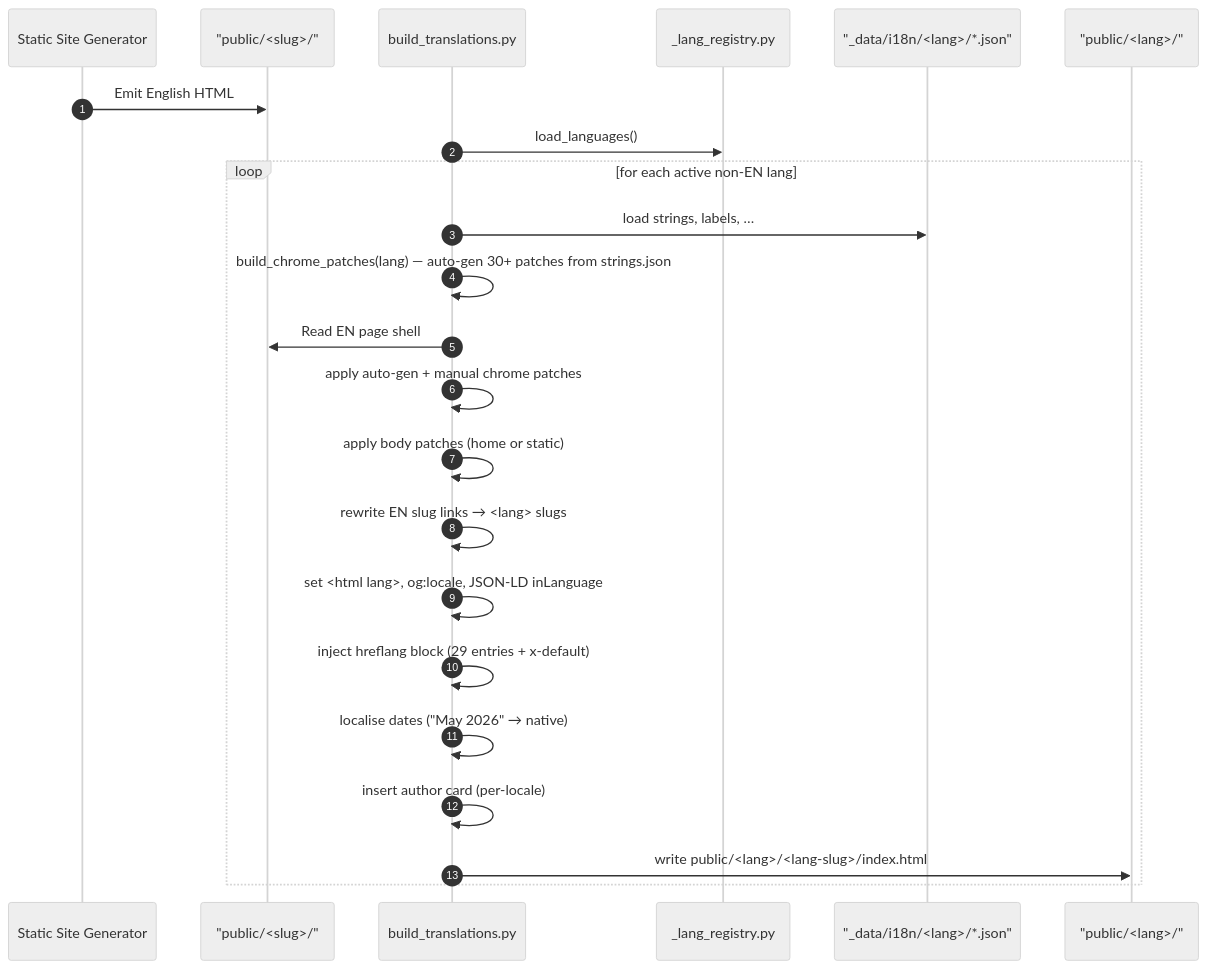
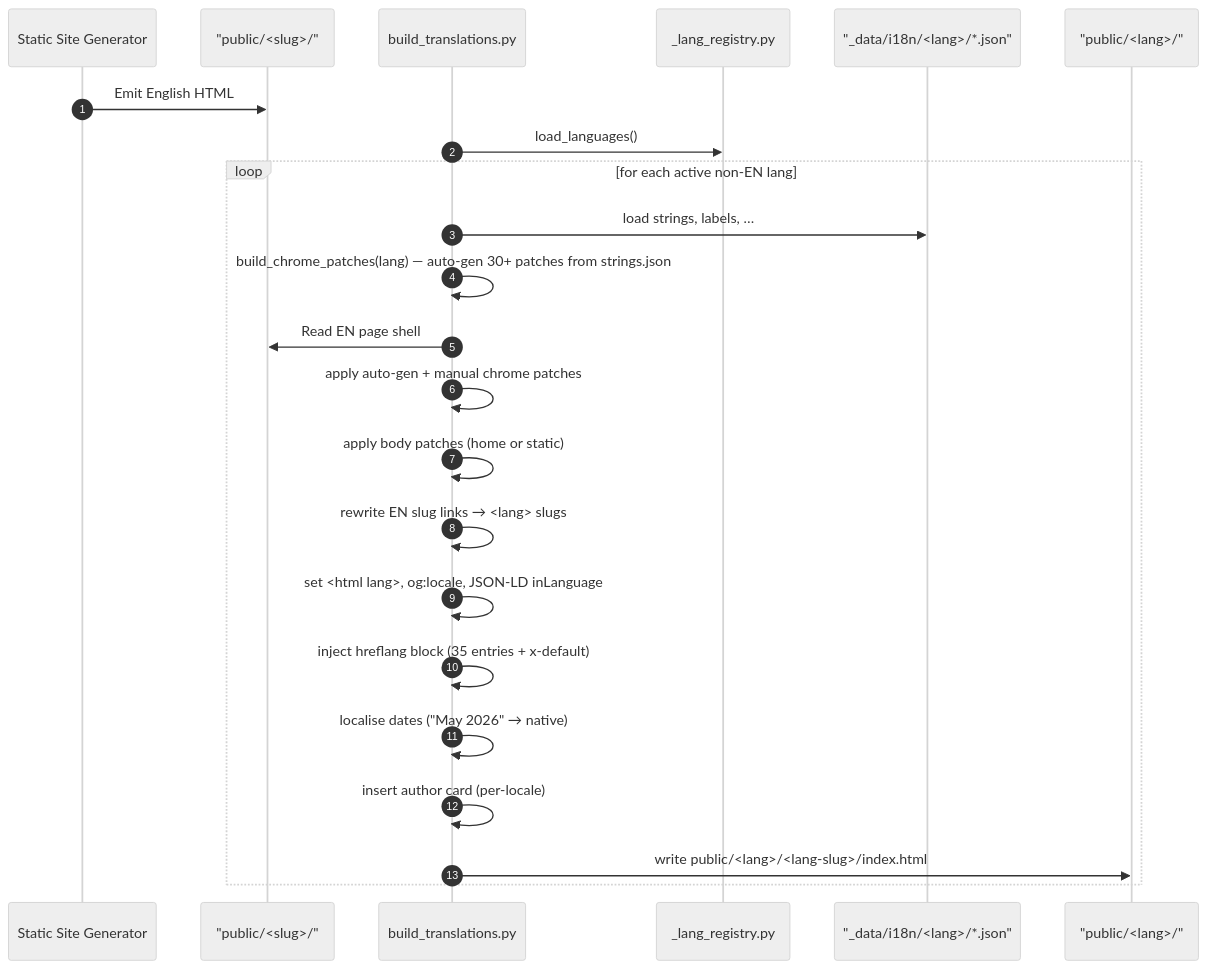
The first of 2 diagrams in project-docs/i18n.md (sebastienrousseau/sebastienrousseau.github.io), drawn with Mermaid before and after one commit. The commit also changed other lines of this file and 648 other files, not shown here.

````diff
--- a/project-docs/i18n.md
+++ b/project-docs/i18n.md
@@ -71,27 +71,27 @@
 ```mermaid
 %%{init: {'theme':'neutral'} }%%
 sequenceDiagram
  autonumber
  participant SSG as Static Site Generator
  participant FS as "public/<slug>/"
  participant BT as build_translations.py
  participant LR as _lang_registry.py
  participant J as "_data/i18n/<lang>/*.json"
  participant Out as "public/<lang>/"
 
  SSG->>FS: Emit English HTML
  BT->>LR: load_languages()
  loop for each active non-EN lang
  BT->>J: load strings, labels, …
  BT->>BT: build_chrome_patches(lang) — auto-gen 30+ patches from strings.json
  BT->>FS: Read EN page shell
  BT->>BT: apply auto-gen + manual chrome patches
  BT->>BT: apply body patches (home or static)
  BT->>BT: rewrite EN slug links → <lang> slugs
  BT->>BT: set <html lang>, og:locale, JSON-LD inLanguage
- BT->>BT: inject hreflang block (29 entries + x-default)
+ BT->>BT: inject hreflang block (35 entries + x-default)
  BT->>BT: localise dates ("May 2026" → native)
  BT->>BT: insert author card (per-locale)
  BT->>Out: write public/<lang>/<lang-slug>/index.html
  end
 ```
````
